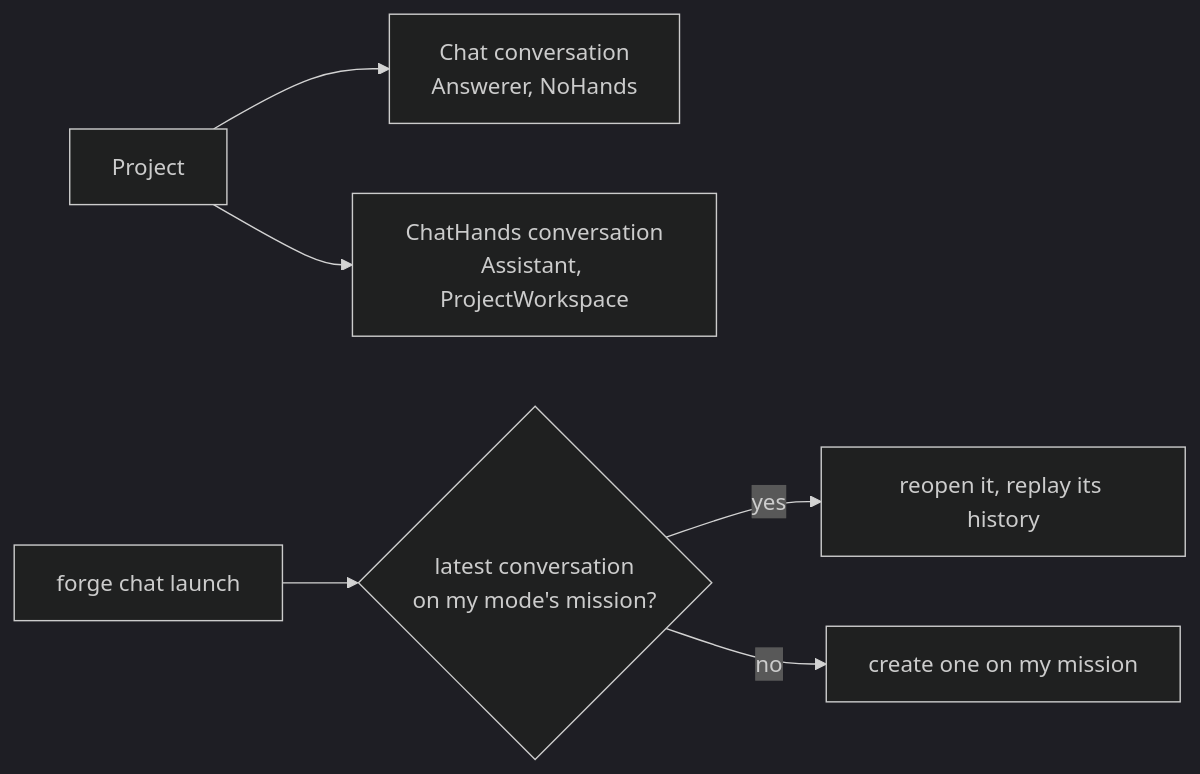
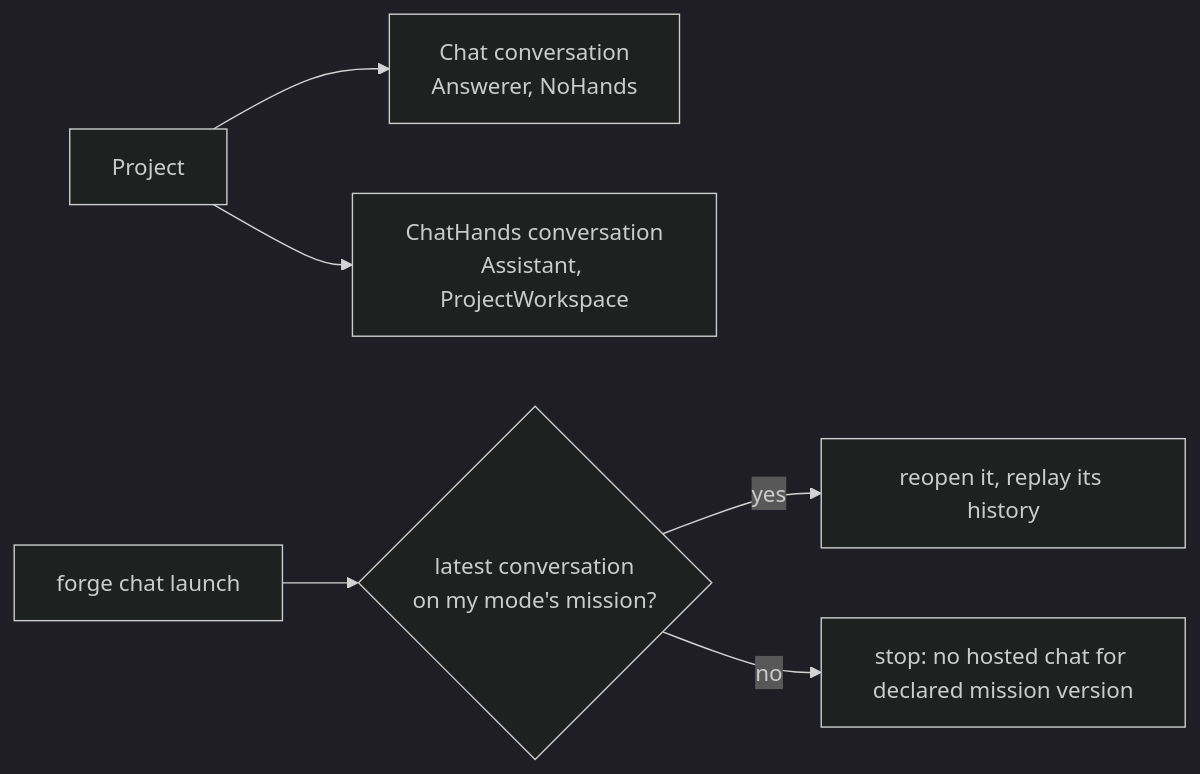
Before and after one commit to katasec/mission-control-language: the ninth of 24 diagrams in docs/design/how-conversations-work.md, drawn with Mermaid (dark theme). The commit also changed other lines of this file and 11 other files, not shown here.

````diff
--- a/docs/design/how-conversations-work.md
+++ b/docs/design/how-conversations-work.md
@@ -304,8 +309,8 @@
 ```mermaid
 flowchart LR
   P["Project"] --> C1["Chat conversation<br/>Answerer, NoHands"]
   P --> C2["ChatHands conversation<br/>Assistant, ProjectWorkspace"]
   L["forge chat launch"] --> Q{"latest conversation<br/>on my mode's mission?"}
   Q -->|"yes"| R["reopen it, replay its history"]
-  Q -->|"no"| N["create one on my mission"]
+  Q -->|"no"| N["stop: no hosted chat for declared mission version"]
 ```
````
